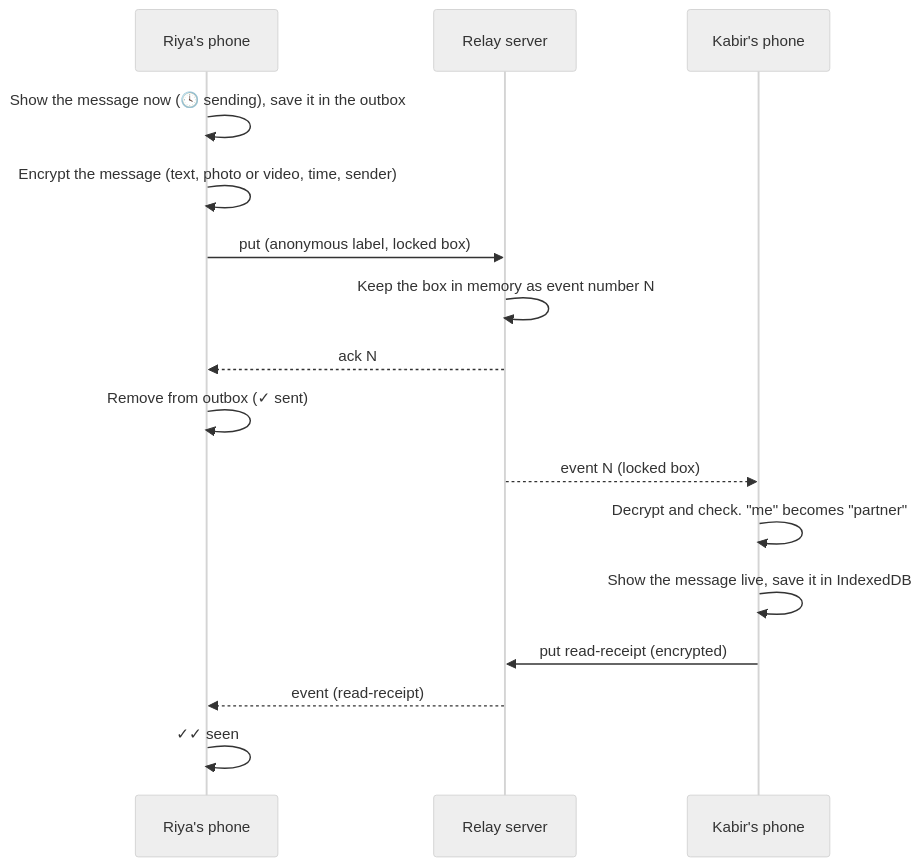
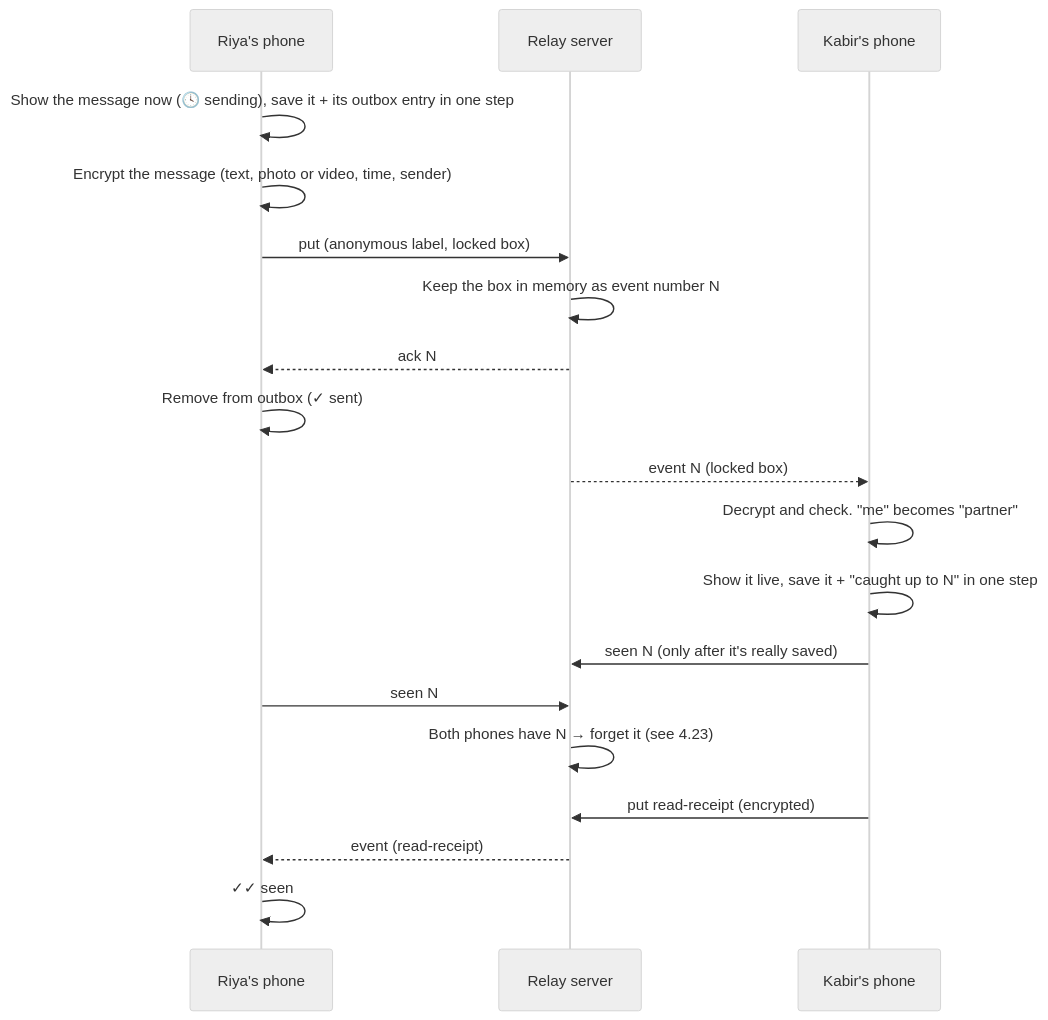
One commit to silent-coder-dev/private-space changed the fifth of 30 diagrams in front-end/doc/04-flowcharts.md. Above: the diagram before and after it, drawn with Mermaid (neutral theme). The commit also changed other lines of this file and 78 other files, not shown here.

````diff
--- a/front-end/doc/04-flowcharts.md
+++ b/front-end/doc/04-flowcharts.md
@@ -104,18 +107,21 @@
 ```mermaid
 sequenceDiagram
     participant A as Riya's phone
     participant S as Relay server
     participant B as Kabir's phone
-    A->>A: Show the message now (🕓 sending), save it in the outbox
+    A->>A: Show the message now (🕓 sending), save it + its outbox entry in one step
     A->>A: Encrypt the message (text, photo or video, time, sender)
     A->>S: put (anonymous label, locked box)
     S->>S: Keep the box in memory as event number N
     S-->>A: ack N
     A->>A: Remove from outbox (✓ sent)
     S-->>B: event N (locked box)
     B->>B: Decrypt and check. "me" becomes "partner"
-    B->>B: Show the message live, save it in IndexedDB
+    B->>B: Show it live, save it + "caught up to N" in one step
+    B->>S: seen N (only after it's really saved)
+    A->>S: seen N
+    S->>S: Both phones have N → forget it (see 4.23)
     B->>S: put read-receipt (encrypted)
     S-->>A: event (read-receipt)
     A->>A: ✓✓ seen
 ```
````
